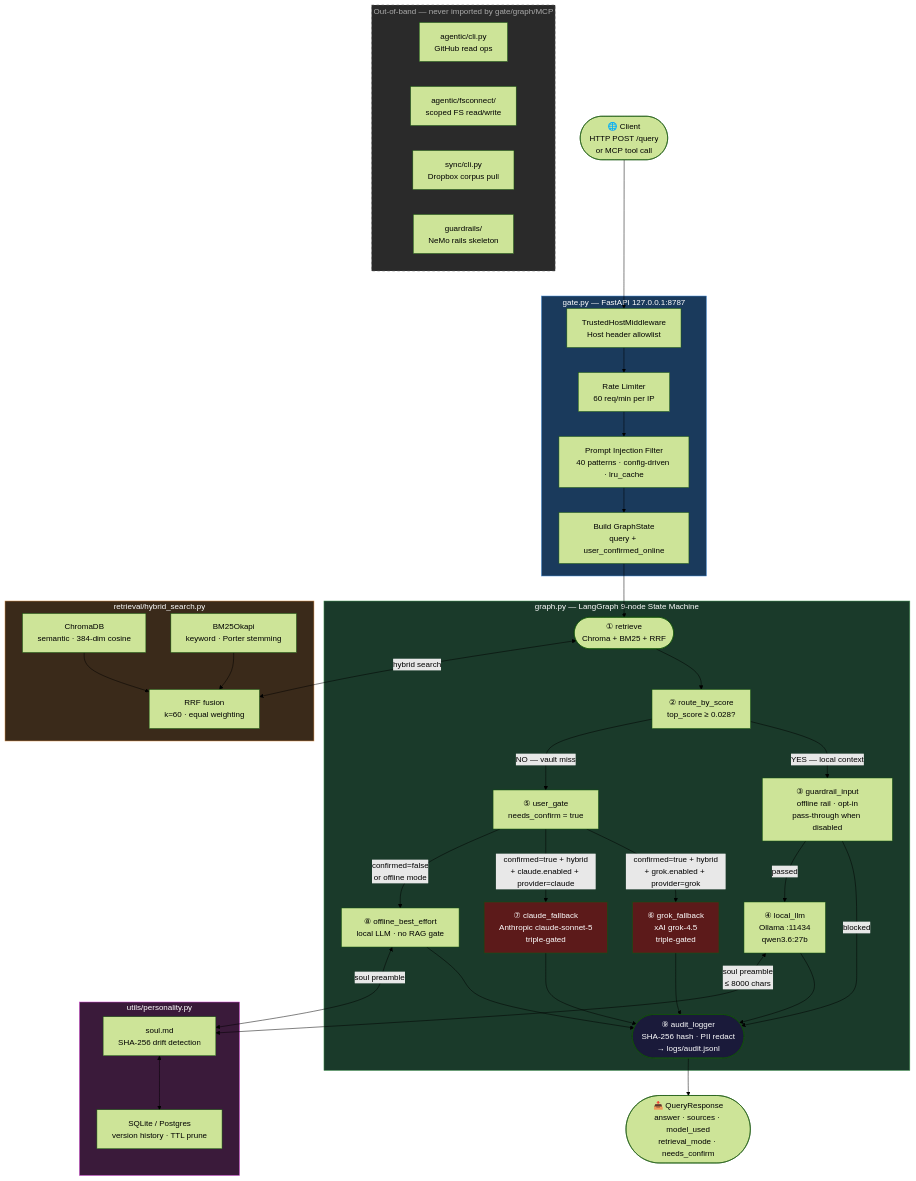
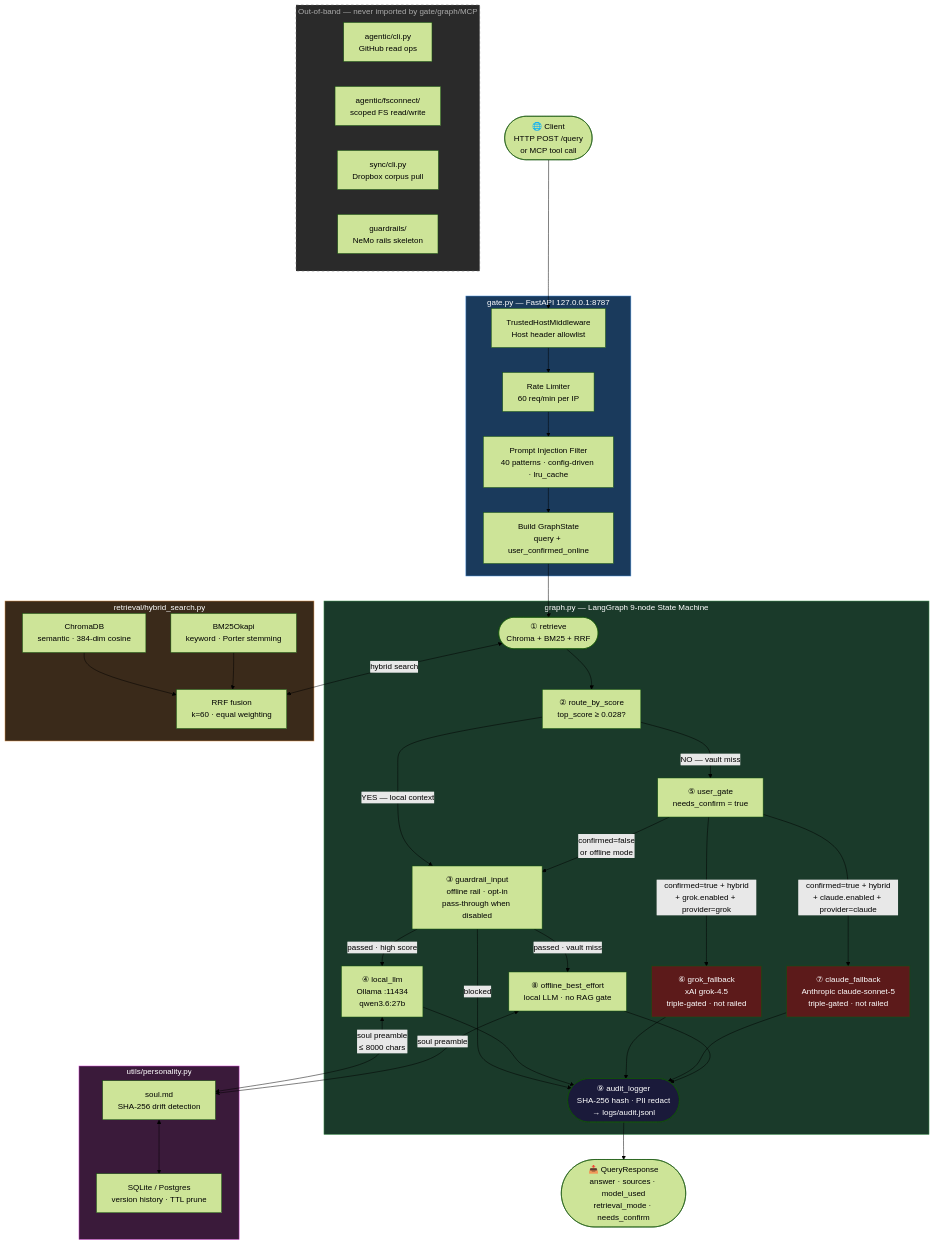
One commit to CGFixIT/PsyClaw changed the diagram in README.md. Above: the diagram before and after it, drawn with Mermaid (forest theme). The commit also changed other lines of this file and 2 other files, not shown here.

First line of the commit message:
docs: macOS-first README + setup-guide; fix stale graph diagrams and the Claude env-var name

````diff
--- a/README.md
+++ b/README.md
@@ -115,68 +120,69 @@
 ```mermaid
 flowchart TD
     A(["🌐 Client\nHTTP POST /query\nor MCP tool call"])
     A --> B
 
     subgraph GATEWAY ["gate.py — FastAPI 127.0.0.1:8787"]
         B["TrustedHostMiddleware\nHost header allowlist"]
         B --> C["Rate Limiter\n60 req/min per IP"]
         C --> D["Prompt Injection Filter\n40 patterns · config-driven · lru_cache"]
         D --> E["Build GraphState\nquery + user_confirmed_online"]
     end
 
     E --> F
 
     subgraph GRAPH ["graph.py — LangGraph 9-node State Machine"]
         F(["① retrieve\nChroma + BM25 + RRF"])
         F --> G["② route_by_score\ntop_score ≥ 0.028?"]
         G -->|"YES — local context"| X["③ guardrail_input\noffline rail · opt-in\npass-through when disabled"]
         X -->|"blocked"| L
-        X -->|"passed"| H["④ local_llm\nOllama :11434\nqwen3.6:27b"]
+        X -->|"passed · high score"| H["④ local_llm\nOllama :11434\nqwen3.6:27b"]
         G -->|"NO — vault miss"| I["⑤ user_gate\nneeds_confirm = true"]
-        I -->|"confirmed=true + hybrid\n+ grok.enabled + provider=grok"| J["⑥ grok_fallback\nxAI grok-4.5\ntriple-gated"]
-        I -->|"confirmed=true + hybrid\n+ claude.enabled + provider=claude"| W["⑦ claude_fallback\nAnthropic claude-sonnet-5\ntriple-gated"]
-        I -->|"confirmed=false\nor offline mode"| K["⑧ offline_best_effort\nlocal LLM · no RAG gate"]
+        I -->|"confirmed=true + hybrid\n+ grok.enabled + provider=grok"| J["⑥ grok_fallback\nxAI grok-4.5\ntriple-gated · not railed"]
+        I -->|"confirmed=true + hybrid\n+ claude.enabled + provider=claude"| W["⑦ claude_fallback\nAnthropic claude-sonnet-5\ntriple-gated · not railed"]
+        I -->|"confirmed=false\nor offline mode"| X
+        X -->|"passed · vault miss"| K["⑧ offline_best_effort\nlocal LLM · no RAG gate"]
         H --> L
         J --> L
         W --> L
         K --> L
         L(["⑨ audit_logger\nSHA-256 hash · PII redact\n→ logs/audit.jsonl"])
     end
 
     L --> M(["📤 QueryResponse\nanswer · sources · model_used\nretrieval_mode · needs_confirm"])
 
     subgraph RETRIEVAL ["retrieval/hybrid_search.py"]
         N["ChromaDB\nsemantic · 384-dim cosine"]
         O["BM25Okapi\nkeyword · Porter stemming"]
         P["RRF fusion\nk=60 · equal weighting"]
         N --> P
         O --> P
     end
 
     F <-->|"hybrid search"| P
 
     subgraph SOUL ["utils/personality.py"]
         Q["soul.md\nSHA-256 drift detection"]
         R["SQLite / Postgres\nversion history · TTL prune"]
         Q <--> R
     end
 
     H <-->|"soul preamble\n≤ 8000 chars"| Q
     K <-->|"soul preamble"| Q
 
     subgraph OOB ["Out-of-band — never imported by gate/graph/MCP"]
         S["agentic/cli.py\nGitHub read ops"]
         T["agentic/fsconnect/\nscoped FS read/write"]
         U["sync/cli.py\nDropbox corpus pull"]
         V["guardrails/\nNeMo rails skeleton"]
     end
 
     style GATEWAY fill:#1a3a5c,color:#ffffff,stroke:#4a90d9
     style GRAPH fill:#1a3a2a,color:#ffffff,stroke:#4a9d5a
     style RETRIEVAL fill:#3a2a1a,color:#ffffff,stroke:#d9904a
     style SOUL fill:#3a1a3a,color:#ffffff,stroke:#d94ad9
     style OOB fill:#2a2a2a,color:#aaaaaa,stroke:#666666,stroke-dasharray:5 5
     style J fill:#5c1a1a,color:#ffffff
     style W fill:#5c1a1a,color:#ffffff
     style L fill:#1a1a3a,color:#ffffff
 ```
````
